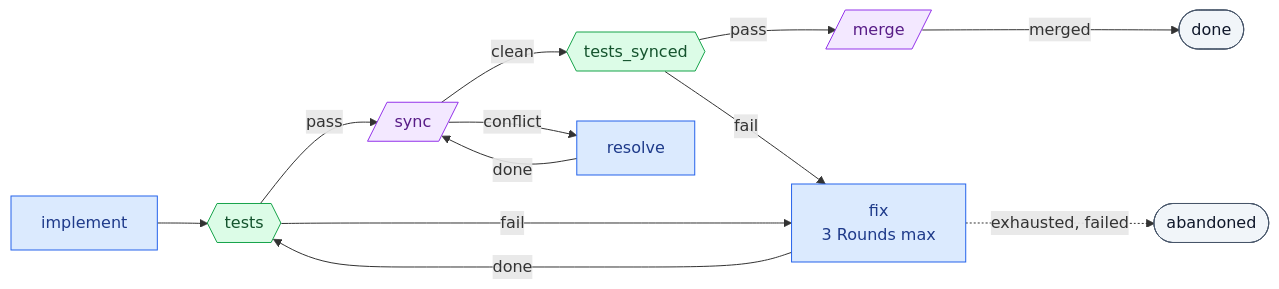
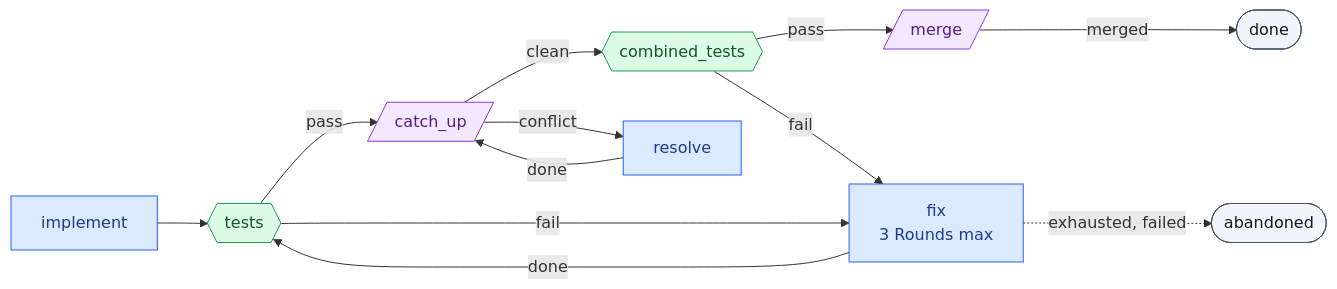
The second of 10 diagrams in docs/guide/04-pipelines.md (Zepp333333/factory), drawn with Mermaid before and after one commit. The commit also changed other lines of this file and 54 other files, not shown here.

First line of the commit message:
Rename Operation sync to catch_up, the Gates after it to combined and Role ci_fixer to ci-fixer, and make factory check name the new names (#318)

````diff
--- a/docs/guide/04-pipelines.md
+++ b/docs/guide/04-pipelines.md
@@ -93,18 +93,18 @@
 ```mermaid
 flowchart LR
     implement["implement"]:::stage --> tests{{"tests"}}:::gate
-    tests -- pass --> sync[/"sync"/]:::operation
+    tests -- pass --> catch_up[/"catch_up"/]:::operation
     tests -- fail --> fix["fix<br/>3 Rounds max"]:::stage
     fix -- done --> tests
-    sync -- clean --> tests_synced{{"tests_synced"}}:::gate
-    sync -- conflict --> resolve["resolve"]:::stage
-    resolve -- done --> sync
-    tests_synced -- pass --> merge[/"merge"/]:::operation
-    tests_synced -- fail --> fix
+    catch_up -- clean --> combined_tests{{"combined_tests"}}:::gate
+    catch_up -- conflict --> resolve["resolve"]:::stage
+    resolve -- done --> catch_up
+    combined_tests -- pass --> merge[/"merge"/]:::operation
+    combined_tests -- fail --> fix
     merge -- merged --> done(["done"]):::terminal
     fix -. "exhausted, failed" .-> abandoned(["abandoned"]):::terminal
     classDef stage fill:#dbeafe,stroke:#2563eb,color:#1e3a8a
     classDef gate fill:#dcfce7,stroke:#16a34a,color:#14532d
     classDef operation fill:#f3e8ff,stroke:#9333ea,color:#581c87
     classDef terminal fill:#f1f5f9,stroke:#475569,color:#0f172a
 ```
````
